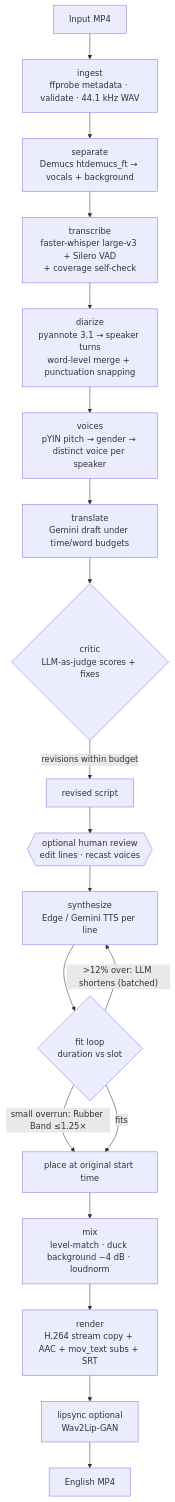
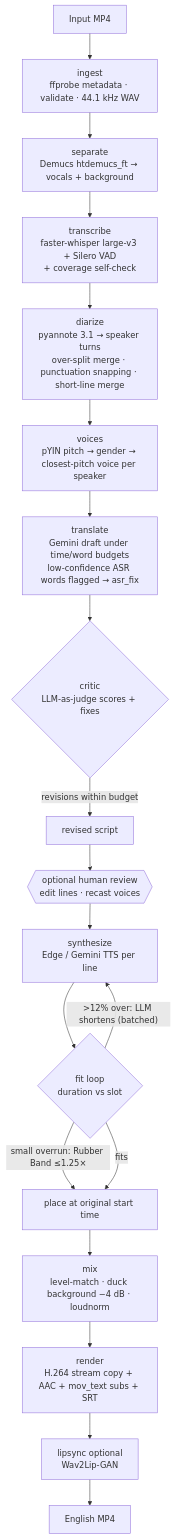
Before and after one commit to weenukarajapaksha/Video-Converter: the diagram in README.md, drawn with Mermaid. The commit also changed other lines of this file and 32 other files, not shown here.

First line of the commit message:
Speaker merging, pitch-matched voices, ASR-aware translation, re-voice and voice preview

````diff
--- a/README.md
+++ b/README.md
@@ -29,21 +46,21 @@
 ```mermaid
 flowchart TD
     A[Input MP4] --> B[ingest<br/>ffprobe metadata · validate · 44.1 kHz WAV]
     B --> C[separate<br/>Demucs htdemucs_ft → vocals + background]
     C --> D[transcribe<br/>faster-whisper large-v3 + Silero VAD<br/>+ coverage self-check]
-    D --> E[diarize<br/>pyannote 3.1 → speaker turns<br/>word-level merge + punctuation snapping]
-    E --> F[voices<br/>pYIN pitch → gender → distinct voice per speaker]
-    F --> G[translate<br/>Gemini draft under time/word budgets]
+    D --> E[diarize<br/>pyannote 3.1 → speaker turns<br/>over-split merge · punctuation snapping · short-line merge]
+    E --> F[voices<br/>pYIN pitch → gender → closest-pitch voice per speaker]
+    F --> G[translate<br/>Gemini draft under time/word budgets<br/>low-confidence ASR words flagged → asr_fix]
     G --> H{critic<br/>LLM-as-judge scores + fixes}
     H -- revisions within budget --> G2[revised script]
     G2 --> R{{optional human review<br/>edit lines · recast voices}}
     R --> I[synthesize<br/>Edge / Gemini TTS per line]
     I --> J{fit loop<br/>duration vs slot}
     J -- ">12% over: LLM shortens (batched)" --> I
     J -- "small overrun: Rubber Band ≤1.25×" --> K
     J -- fits --> K[place at original start time]
     K --> L[mix<br/>level-match · duck background −4 dB · loudnorm]
     L --> M[render<br/>H.264 stream copy + AAC + mov_text subs + SRT]
     M --> N[lipsync optional<br/>Wav2Lip-GAN]
     N --> O[English MP4]
 ```
````
